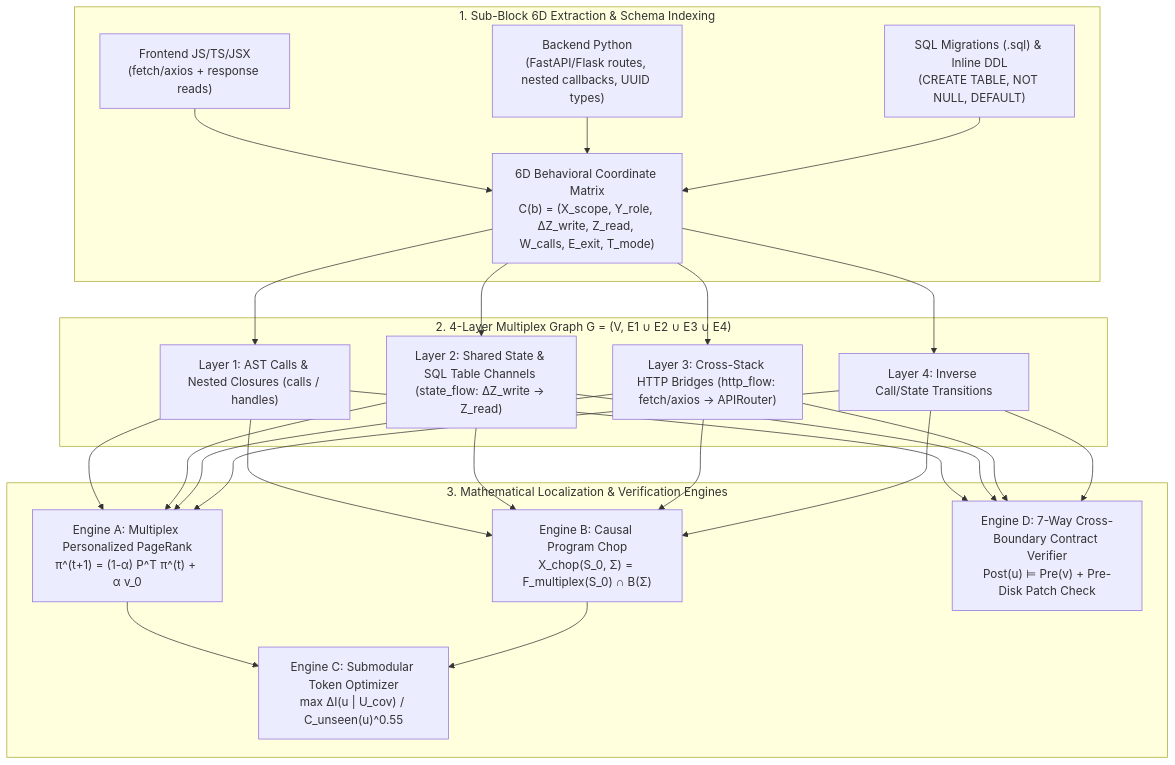
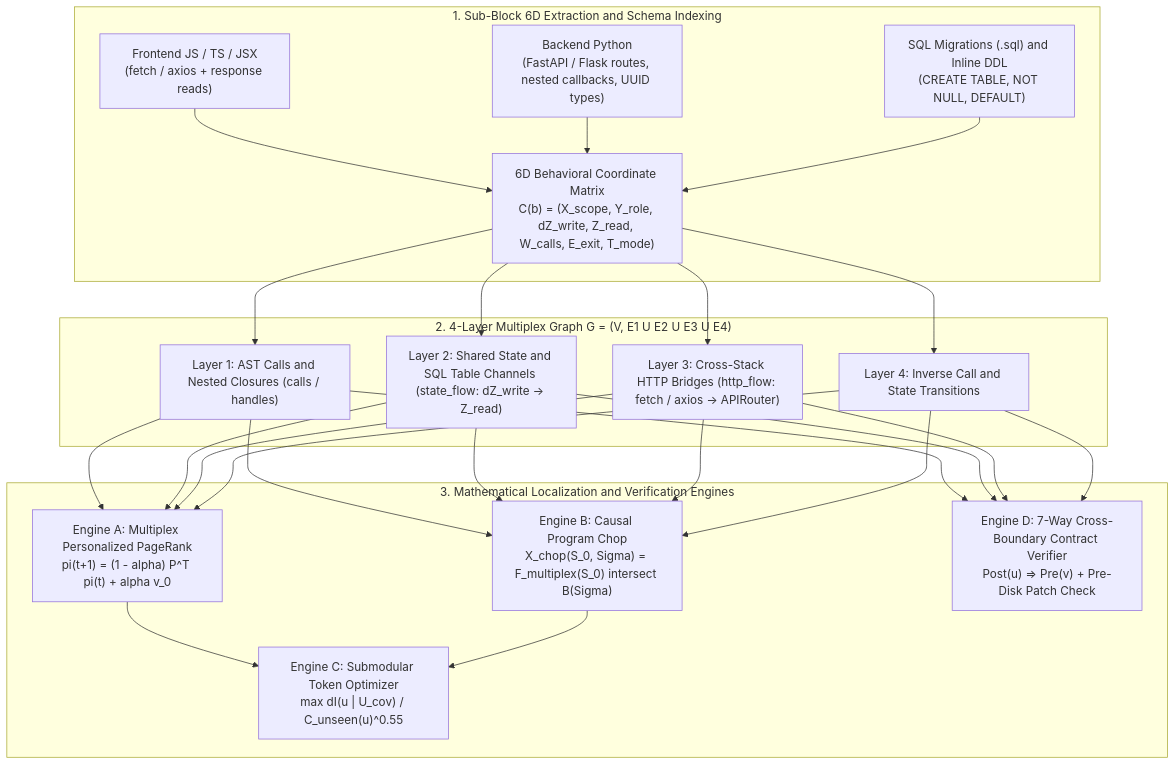
Before and after one commit to Johanabhishek/ProjectBrain-Showcase: the diagram in README.md, drawn with Mermaid. The commit also changed other lines of this file and 3 other files, not shown here.

Commit message:
docs: remove talk notes and fix Markdown/LaTeX/Mermaid rendering across all docs

````diff
--- a/README.md
+++ b/README.md
@@ -32,29 +32,29 @@
 ```mermaid
 flowchart TD
-    subgraph Indexing["1. Sub-Block 6D Extraction & Schema Indexing"]
-        FE["Frontend JS/TS/JSX\n(fetch/axios + response reads)"]
-        BE["Backend Python\n(FastAPI/Flask routes, nested callbacks, UUID types)"]
-        SQL["SQL Migrations (.sql) & Inline DDL\n(CREATE TABLE, NOT NULL, DEFAULT)"]
-        CELLS["6D Behavioral Coordinate Matrix\nC(b) = (X_scope, Y_role, ΔZ_write, Z_read, W_calls, E_exit, T_mode)"]
+    subgraph Indexing["1. Sub-Block 6D Extraction and Schema Indexing"]
+        FE["Frontend JS / TS / JSX<br/>(fetch / axios + response reads)"]
+        BE["Backend Python<br/>(FastAPI / Flask routes, nested callbacks, UUID types)"]
+        SQL["SQL Migrations (.sql) and Inline DDL<br/>(CREATE TABLE, NOT NULL, DEFAULT)"]
+        CELLS["6D Behavioral Coordinate Matrix<br/>C(b) = (X_scope, Y_role, dZ_write, Z_read, W_calls, E_exit, T_mode)"]
         FE --> CELLS
         BE --> CELLS
         SQL --> CELLS
     end
 
-    subgraph Multiplex["2. 4-Layer Multiplex Graph G = (V, E1 ∪ E2 ∪ E3 ∪ E4)"]
-        L1["Layer 1: AST Calls & Nested Closures (calls / handles)"]
-        L2["Layer 2: Shared State & SQL Table Channels (state_flow: ΔZ_write -> Z_read)"]
-        L3["Layer 3: Cross-Stack HTTP Bridges (http_flow: fetch/axios -> APIRouter)"]
-        L4["Layer 4: Inverse Call/State Transitions"]
+    subgraph Multiplex["2. 4-Layer Multiplex Graph G = (V, E1 U E2 U E3 U E4)"]
+        L1["Layer 1: AST Calls and Nested Closures (calls / handles)"]
+        L2["Layer 2: Shared State and SQL Table Channels (state_flow: dZ_write -> Z_read)"]
+        L3["Layer 3: Cross-Stack HTTP Bridges (http_flow: fetch / axios -> APIRouter)"]
+        L4["Layer 4: Inverse Call and State Transitions"]
         CELLS --> L1 & L2 & L3 & L4
     end
 
-    subgraph Reasoning["3. Mathematical Localization & Verification Engines"]
-        PPR["Engine A: Multiplex Personalized PageRank\nπ^(t+1) = (1-α) P^T π^(t) + α v_0"]
-        CHOP["Engine B: Causal Program Chop\nX_chop(S_0, Σ) = F_multiplex(S_0) ∩ B(Σ)"]
-        SUBMOD["Engine C: Submodular Token Optimizer\nmax ΔI(u | U_cov) / C_unseen(u)^0.55"]
-        PASSC["Engine D: 7-Way Cross-Boundary Contract Verifier\nPost(u) ⊨ Pre(v) + Pre-Disk Patch Check"]
+    subgraph Reasoning["3. Mathematical Localization and Verification Engines"]
+        PPR["Engine A: Multiplex Personalized PageRank<br/>pi(t+1) = (1 - alpha) P^T pi(t) + alpha v_0"]
+        CHOP["Engine B: Causal Program Chop<br/>X_chop(S_0, Sigma) = F_multiplex(S_0) intersect B(Sigma)"]
+        SUBMOD["Engine C: Submodular Token Optimizer<br/>max dI(u | U_cov) / C_unseen(u)^0.55"]
+        PASSC["Engine D: 7-Way Cross-Boundary Contract Verifier<br/>Post(u) => Pre(v) + Pre-Disk Patch Check"]
         L1 & L2 & L3 & L4 --> PPR & CHOP & PASSC
         PPR & CHOP --> SUBMOD
     end
 ```
````
